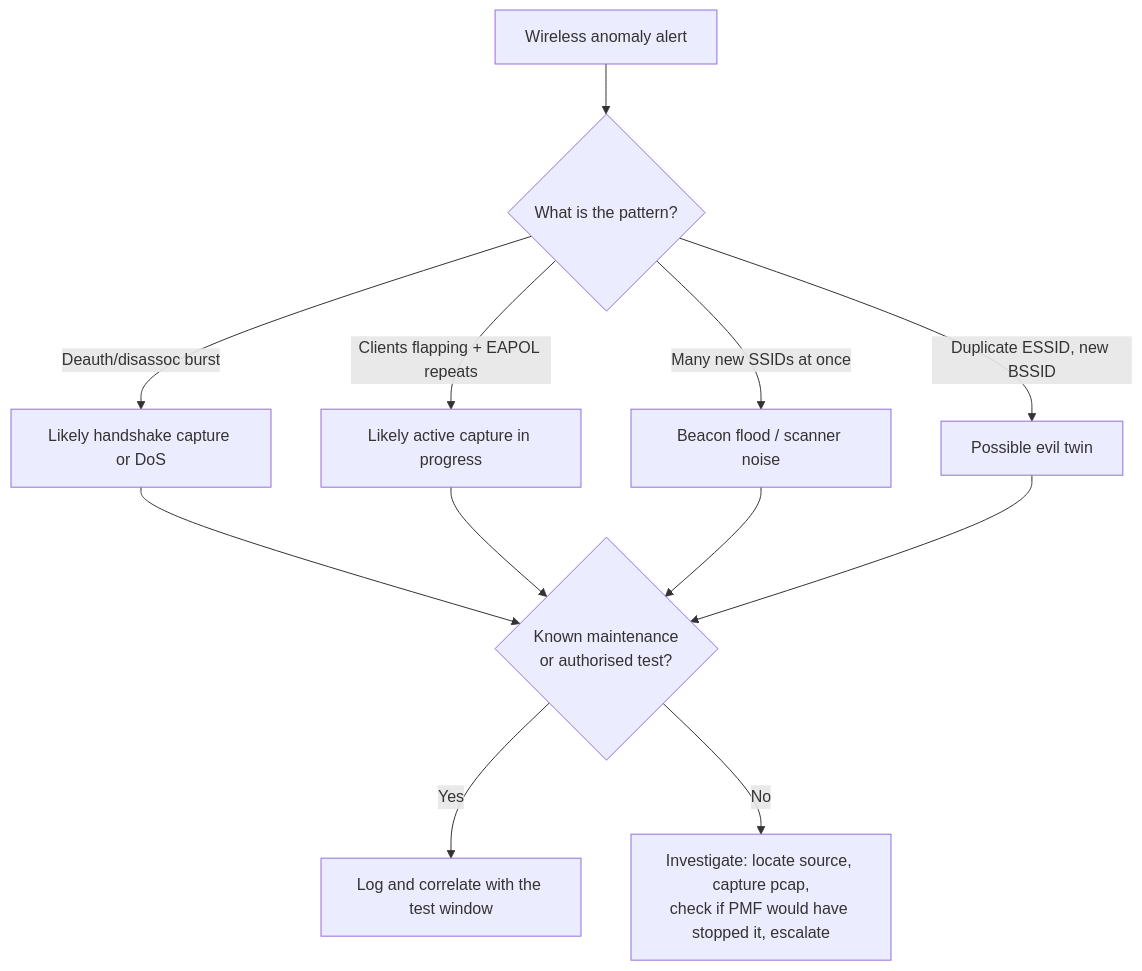
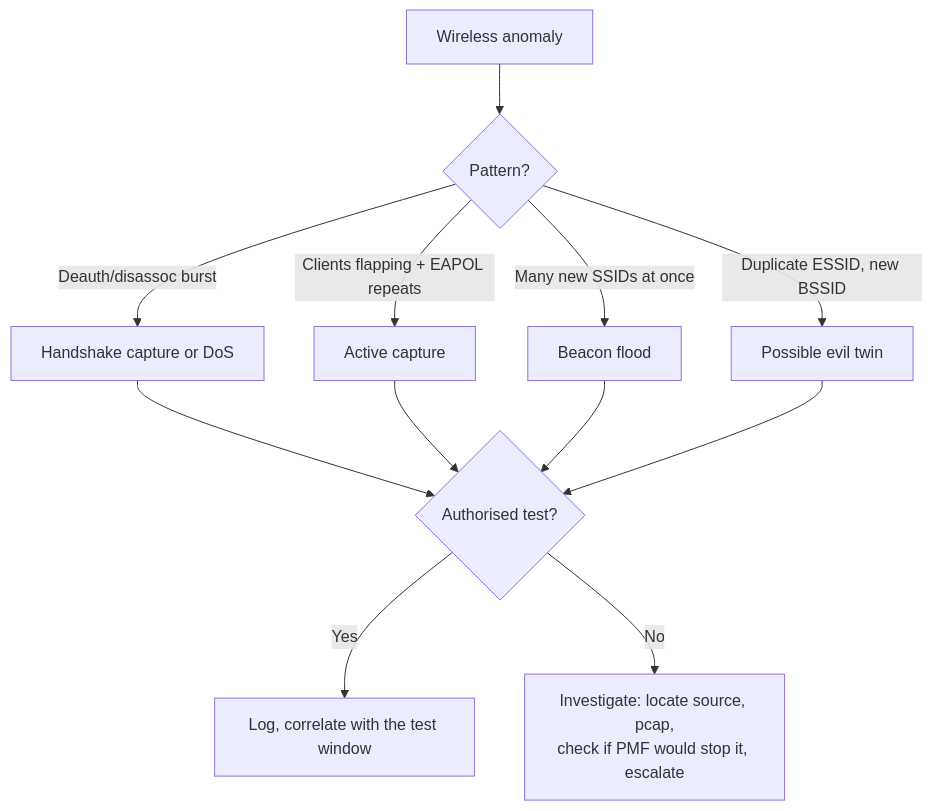
The third of 3 diagrams in README.md (Esther7171/WiFi-Hacking-Guide), drawn with Mermaid before and after one commit. The commit also changed other lines of this file, not shown here.

Commit message:
Rewrite README as a lean practical guide (attacker-first, how-to headings, flowcharts)

````diff
--- a/README.md
+++ b/README.md
@@ -1040,14 +354,14 @@
 ```mermaid
 flowchart TD
-    S[Wireless anomaly alert] --> Q{What is the pattern?}
-    Q -->|Deauth/disassoc burst| D[Likely handshake capture or DoS]
-    Q -->|Clients flapping + EAPOL repeats| C[Likely active capture in progress]
-    Q -->|Many new SSIDs at once| B[Beacon flood / scanner noise]
+    S[Wireless anomaly] --> Q{Pattern?}
+    Q -->|Deauth/disassoc burst| D[Handshake capture or DoS]
+    Q -->|Clients flapping + EAPOL repeats| C[Active capture]
+    Q -->|Many new SSIDs at once| B[Beacon flood]
     Q -->|Duplicate ESSID, new BSSID| E[Possible evil twin]
-    D --> R{Known maintenance<br/>or authorised test?}
+    D --> R{Authorised test?}
     C --> R
     B --> R
     E --> R
-    R -->|Yes| L[Log and correlate with the test window]
-    R -->|No| I[Investigate: locate source, capture pcap,<br/>check if PMF would have stopped it, escalate]
+    R -->|Yes| L[Log, correlate with the test window]
+    R -->|No| I[Investigate: locate source, pcap,<br/>check if PMF would stop it, escalate]
 ```
````
